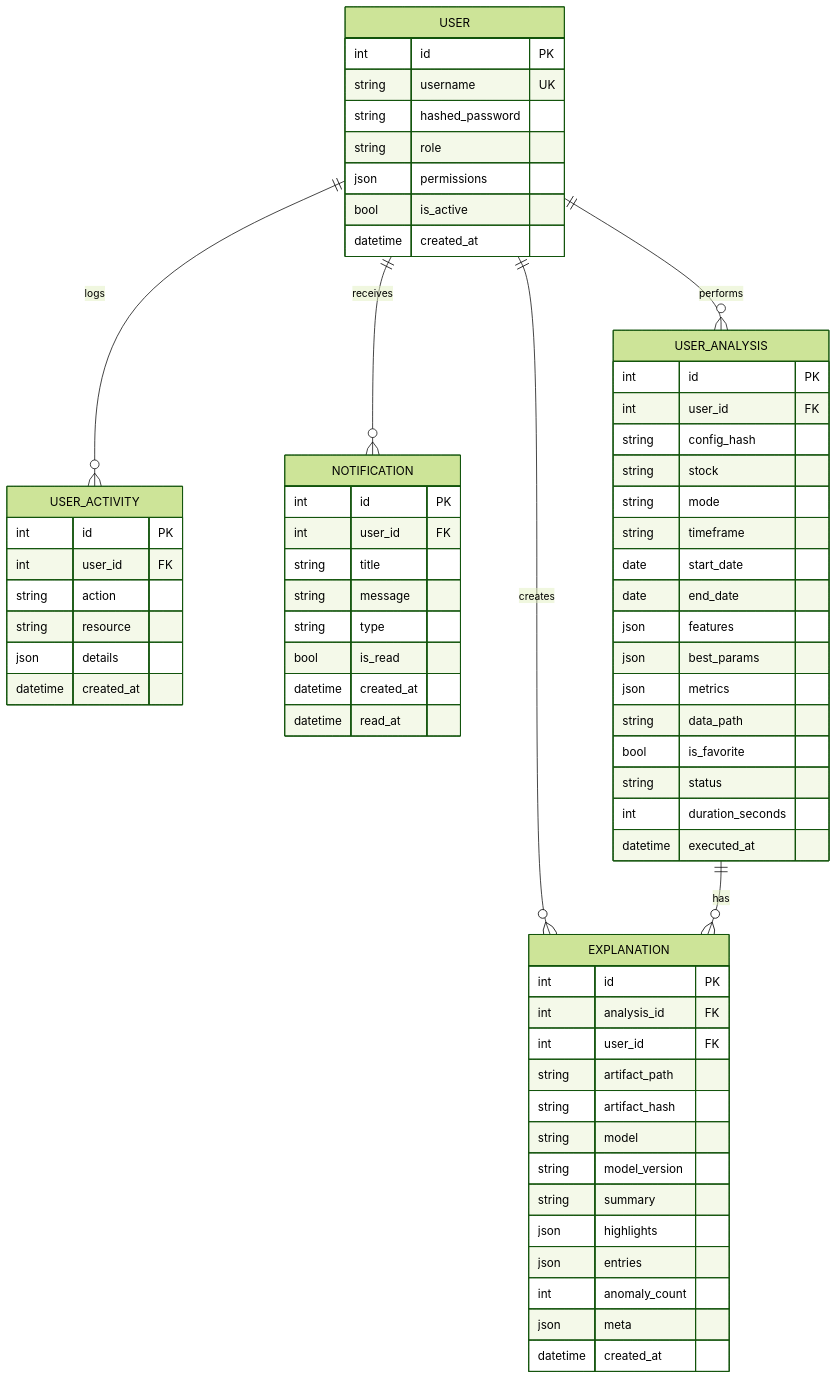
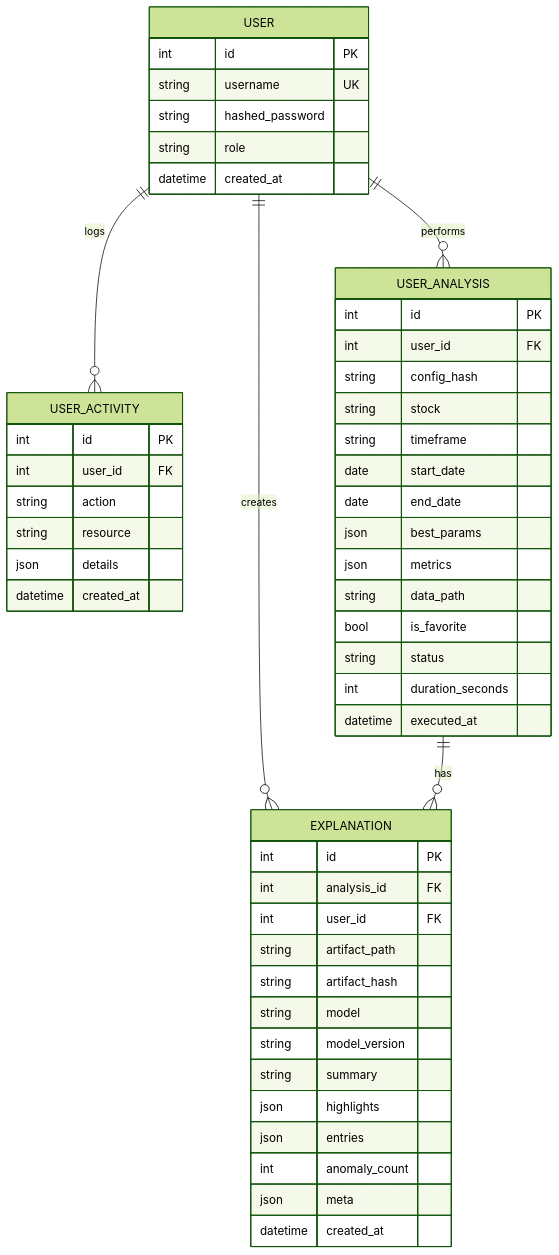
One commit to rey-tan/Anomaly-Detection changed the first of 10 diagrams in AnomalyEngine/docs/DIAGRAMS.md. Above: the diagram before and after it, drawn with Mermaid (forest theme). The commit also changed other lines of this file and 59 other files, not shown here.

Commit message:
Finish testing and diagramming

````diff
--- a/AnomalyEngine/docs/DIAGRAMS.md
+++ b/AnomalyEngine/docs/DIAGRAMS.md
@@ -110,75 +21,63 @@
 ```mermaid
+
+
 erDiagram
+
   USER {
     int id PK
     string username UK
     string hashed_password
     string role
-    json permissions
-    bool is_active
     datetime created_at
   }
-
-  USER ||--o{ USER_ACTIVITY : logs
-  USER ||--o{ NOTIFICATION : receives
-  USER ||--o{ USER_ANALYSIS : performs
 
   USER_ACTIVITY {
     int id PK
     int user_id FK
     string action
     string resource
     json details
     datetime created_at
   }
 
-  NOTIFICATION {
-    int id PK
-    int user_id FK
-    string title
-    string message
-    string type
-    bool is_read
-    datetime created_at
-    datetime read_at
-  }
-
   USER_ANALYSIS {
     int id PK
     int user_id FK
     string config_hash
     string stock
-    string mode
     string timeframe
     date start_date
     date end_date
-    json features
     json best_params
     json metrics
     string data_path
     bool is_favorite
     string status
     int duration_seconds
     datetime executed_at
   }
+
 
   EXPLANATION {
     int id PK
     int analysis_id FK
     int user_id FK
     string artifact_path
     string artifact_hash
     string model
     string model_version
     string summary
     json highlights
     json entries
     int anomaly_count
     json meta
     datetime created_at
   }
 
+  USER ||--o{ USER_ACTIVITY : logs
+  USER ||--o{ USER_ANALYSIS : performs
   USER ||--o{ EXPLANATION : creates
   USER_ANALYSIS ||--o{ EXPLANATION : has
 
+
 ```
````
